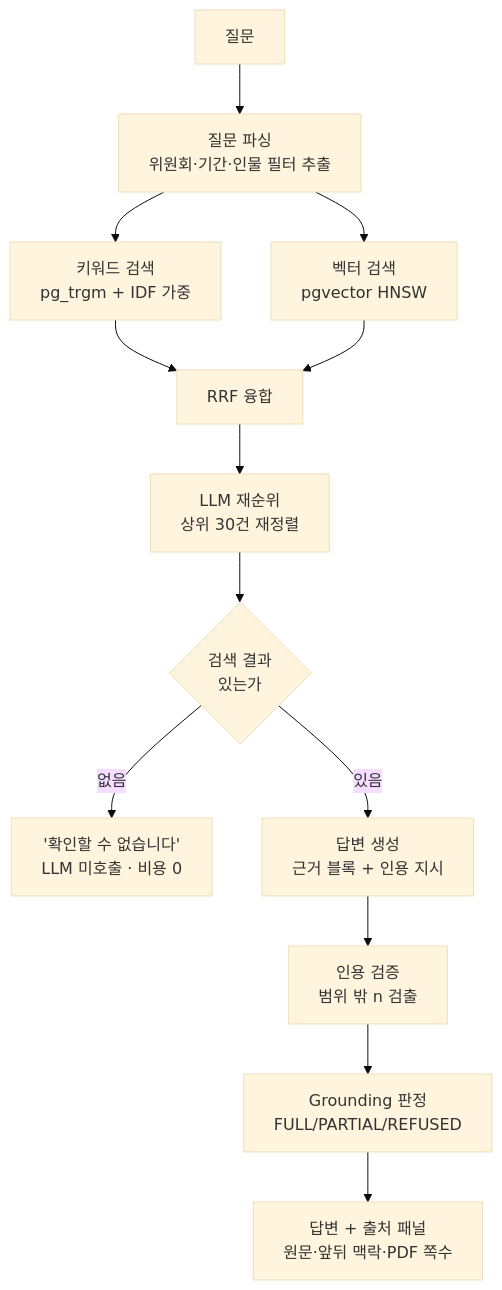
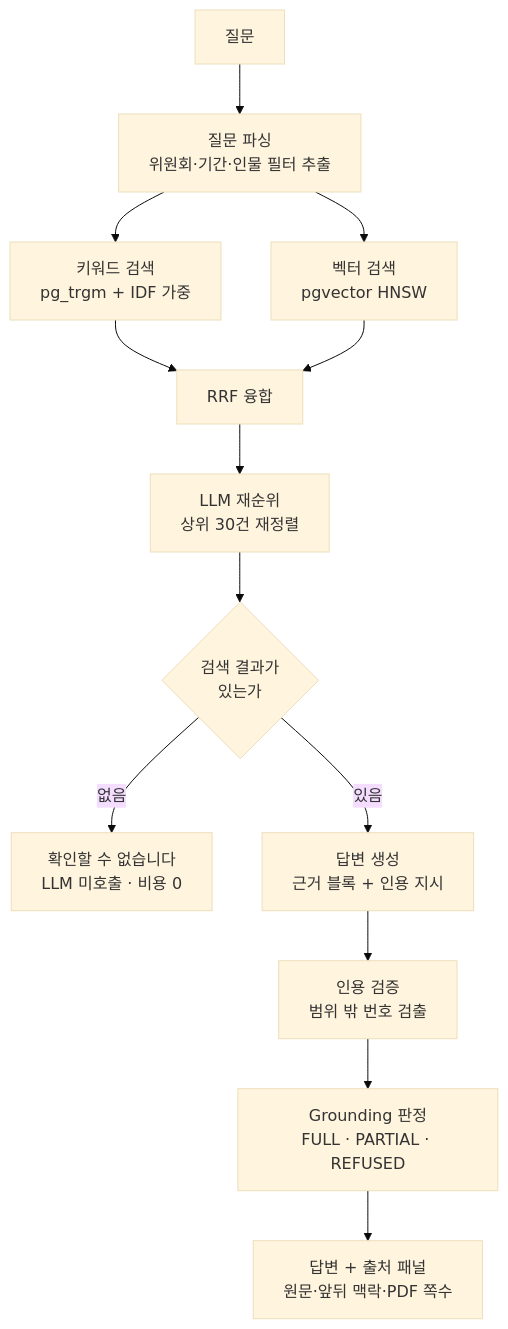
One commit to callmekjs/National_Assembly_3 changed the diagram in README.md. Above: the diagram before and after it, drawn with Mermaid (base theme).

Commit message:
docs(readme): mermaid 노드 라벨 인용부호로 감싸기 — 파서 안전
노드 라벨에 +, /, · 가 섞여 있었다. mermaid 는 대부분 허용하지만 파서 버전에
따라 갈리는 문자들이라, 다이어그램 하나가 안 그려지면 README 첫인상이 깨진다.
전부 따옴표로 감쌌다. FULL/PARTIAL/REFUSED 의 슬래시는 중점으로 바꿨다.

````diff
--- a/README.md
+++ b/README.md
@@ -52,15 +52,15 @@
 ```mermaid
 flowchart TD
-    Q[질문] --> P[질문 파싱<br/>위원회·기간·인물 필터 추출]
-    P --> K[키워드 검색<br/>pg_trgm + IDF 가중]
-    P --> V[벡터 검색<br/>pgvector HNSW]
-    K --> F[RRF 융합]
+    Q["질문"] --> P["질문 파싱<br/>위원회·기간·인물 필터 추출"]
+    P --> K["키워드 검색<br/>pg_trgm + IDF 가중"]
+    P --> V["벡터 검색<br/>pgvector HNSW"]
+    K --> F["RRF 융합"]
     V --> F
-    F --> R[LLM 재순위<br/>상위 30건 재정렬]
-    R --> G{검색 결과<br/>있는가}
-    G -- 없음 --> N["'확인할 수 없습니다'<br/>LLM 미호출 · 비용 0"]
-    G -- 있음 --> A[답변 생성<br/>근거 블록 + 인용 지시]
-    A --> C[인용 검증<br/>범위 밖 n 검출]
-    C --> S[Grounding 판정<br/>FULL/PARTIAL/REFUSED]
-    S --> O[답변 + 출처 패널<br/>원문·앞뒤 맥락·PDF 쪽수]
+    F --> R["LLM 재순위<br/>상위 30건 재정렬"]
+    R --> G{"검색 결과가<br/>있는가"}
+    G -- 없음 --> N["확인할 수 없습니다<br/>LLM 미호출 · 비용 0"]
+    G -- 있음 --> A["답변 생성<br/>근거 블록 + 인용 지시"]
+    A --> C["인용 검증<br/>범위 밖 번호 검출"]
+    C --> S["Grounding 판정<br/>FULL · PARTIAL · REFUSED"]
+    S --> O["답변 + 출처 패널<br/>원문·앞뒤 맥락·PDF 쪽수"]
 ```
````
